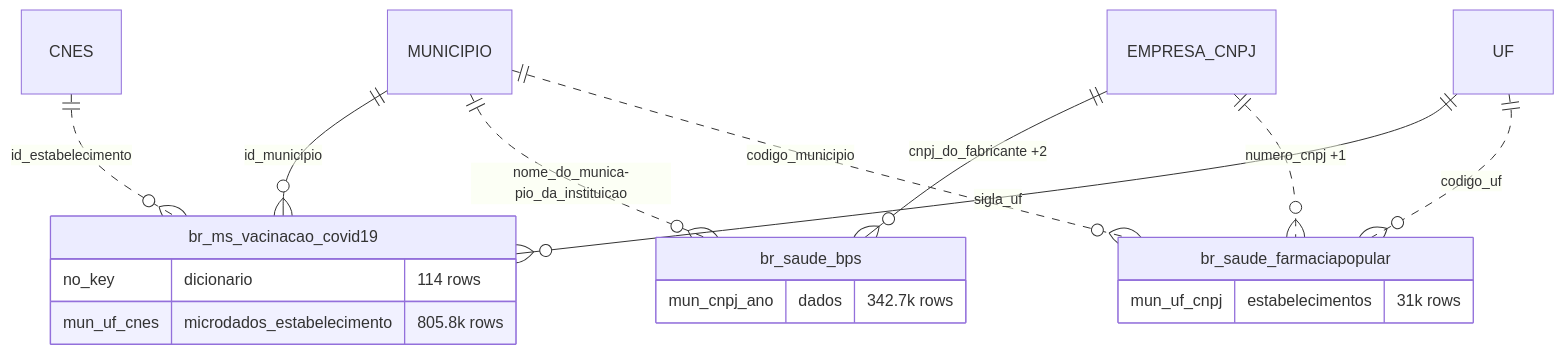
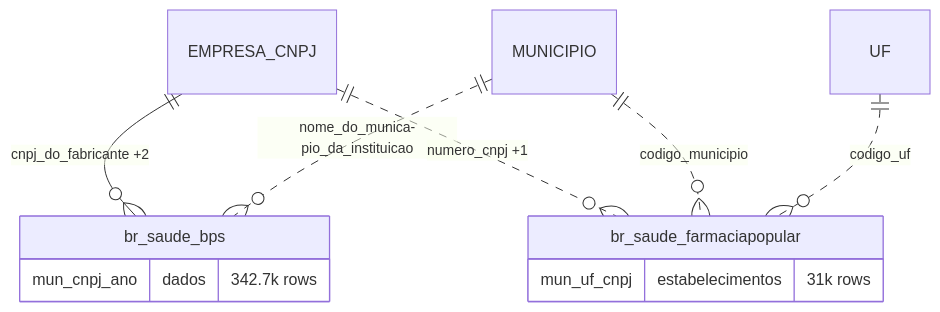
Before and after one commit to rafapolo/rodado: the fifth of 25 diagrams in docs/mapa/ERD_EN.md, drawn with Mermaid. The commit also changed other lines of this file and 8 other files, not shown here.

````diff
--- a/docs/mapa/ERD_EN.md
+++ b/docs/mapa/ERD_EN.md
@@ -405,21 +407,14 @@
 ```mermaid
 erDiagram
-    CNES ||..o{ br_ms_vacinacao_covid19 : "id_estabelecimento"
-    MUNICIPIO ||--o{ br_ms_vacinacao_covid19 : "id_municipio"
-    UF ||--o{ br_ms_vacinacao_covid19 : "sigla_uf"
     EMPRESA_CNPJ ||--o{ br_saude_bps : "cnpj_do_fabricante +2"
     MUNICIPIO ||..o{ br_saude_bps : "nome_do_munica­pio_da_instituicao"
     EMPRESA_CNPJ ||..o{ br_saude_farmaciapopular : "numero_cnpj +1"
     MUNICIPIO ||..o{ br_saude_farmaciapopular : "codigo_municipio"
     UF ||..o{ br_saude_farmaciapopular : "codigo_uf"
-    br_ms_vacinacao_covid19 {
-        no_key dicionario "114 rows"
-        mun_uf_cnes microdados_estabelecimento "805.8k rows"
-    }
     br_saude_bps {
         mun_cnpj_ano dados "342.7k rows"
     }
     br_saude_farmaciapopular {
         mun_uf_cnpj estabelecimentos "31k rows"
     }
 ```
````
